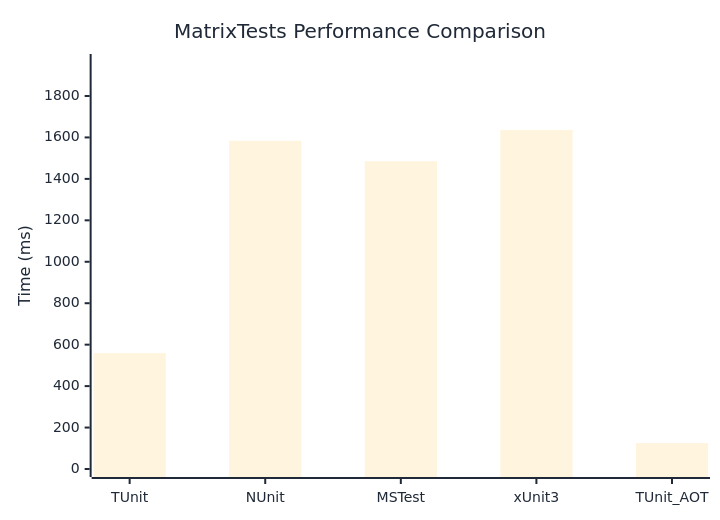
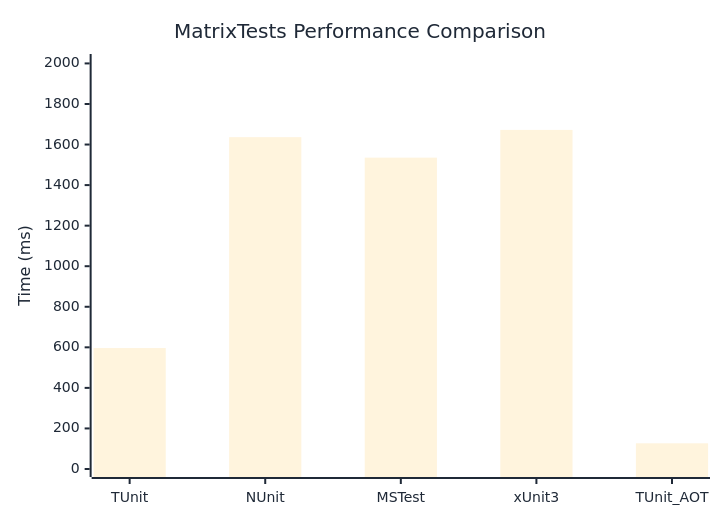
Before and after one commit to thomhurst/TUnit: the diagram in docs/docs/benchmarks/MatrixTests.md, drawn with Mermaid. The commit also changed other lines of this file and 17 other files, not shown here.

````diff
--- a/docs/docs/benchmarks/MatrixTests.md
+++ b/docs/docs/benchmarks/MatrixTests.md
@@ -27,37 +27,37 @@
 ```mermaid
 %%{init: {
   'theme':'base',
   'themeVariables': {
     'primaryColor': '#2563eb',
     'primaryTextColor': '#1f2937',
     'primaryBorderColor': '#1e40af',
     'lineColor': '#6b7280',
     'secondaryColor': '#7c3aed',
     'tertiaryColor': '#dc2626',
     'background': '#ffffff',
     'mainBkg': '#2563eb',
     'secondBkg': '#7c3aed',
     'tertiaryBkg': '#dc2626',
     'clusterBkg': '#f3f4f6',
     'edgeLabelBackground': '#ffffff',
     'tertiaryTextColor': '#1f2937',
     'pie1': '#2563eb',
     'pie2': '#7c3aed',
     'pie3': '#dc2626',
     'pie4': '#f59e0b',
     'pie5': '#10b981',
     'pie6': '#06b6d4',
     'pie7': '#ec4899',
     'pie8': '#6366f1',
     'pie9': '#84cc16',
     'pie10': '#f97316',
     'pie11': '#14b8a6',
     'pie12': '#a855f7'
   }
 }}%%
 xychart-beta
   title "MatrixTests Performance Comparison"
   x-axis ["TUnit", "NUnit", "MSTest", "xUnit3", "TUnit_AOT"]
-  y-axis "Time (ms)" 0 --> 1964
-  bar [559.3, 1583.7, 1485.1, 1636.1, 125.1]
+  y-axis "Time (ms)" 0 --> 2007
+  bar [596.5, 1636.4, 1535.4, 1672.2, 126.7]
 ```
````
